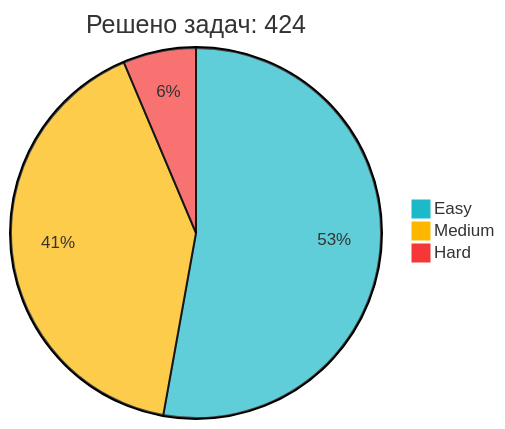
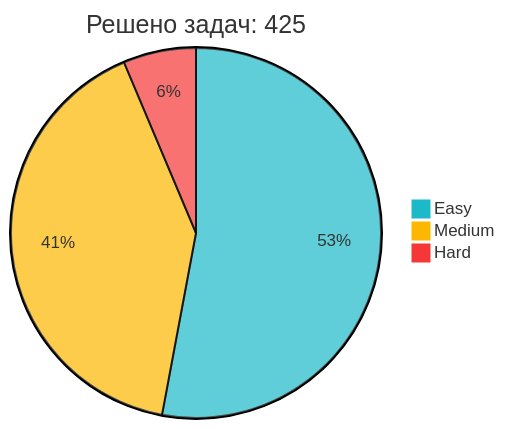
Before and after one commit to IliaKurdukov/IliaKurdukov: the diagram in README.md, drawn with Mermaid. The commit also changed other lines of this file, not shown here.

Commit message:
📈 Обновление статистики LeetCode

````diff
--- a/README.md
+++ b/README.md
@@ -51,7 +51,7 @@
 ```mermaid
 %%{init: {'theme': 'base', 'themeVariables': { 'pie1': '#1CBAC8', 'pie2': '#FEB700', 'pie3': '#F63737' }, 'config': {'width': 300, 'height': 200}}}%%
-pie title Решено задач: 424
-   "Easy" : 224
+pie title Решено задач: 425
+   "Easy" : 225
    "Medium" : 173
    "Hard" : 27
 ```
````
